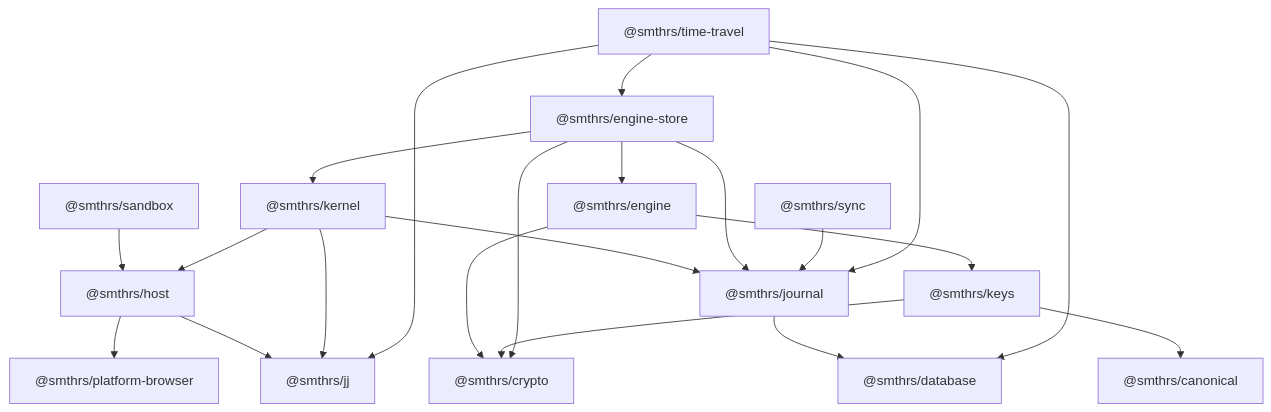
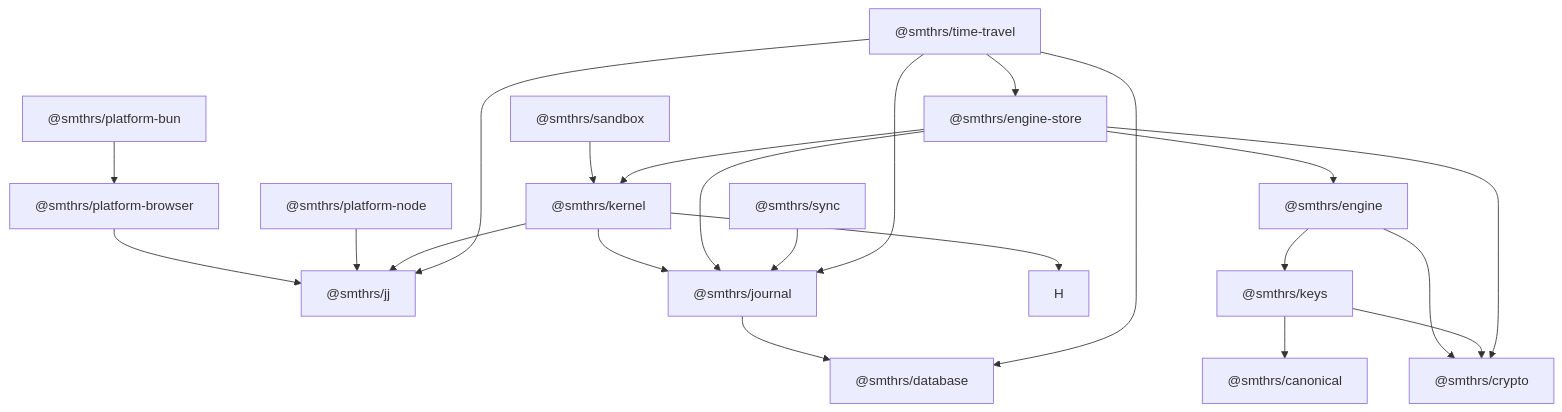
One commit to smithersai/flows changed the diagram in docs/architecture/package-map.md. Above: the diagram before and after it, drawn with Mermaid. The commit also changed other lines of this file and 41 other files, not shown here.

````diff
--- a/docs/architecture/package-map.md
+++ b/docs/architecture/package-map.md
@@ -7,31 +7,33 @@
 ```mermaid
 flowchart TD
-  H["@smthrs/host"]
+  PN["@smthrs/platform-node"]
+  PBUN["@smthrs/platform-bun"]
   JJ["@smthrs/jj"]
   SB["@smthrs/sandbox"]
   PB["@smthrs/platform-browser"]
   D["@smthrs/database"]
   C["@smthrs/canonical"]
   Crypto["@smthrs/crypto"]
 
   J["@smthrs/journal"] --> D
-  H --> JJ
-  H --> PB
-  SB --> H
+  PB --> JJ
+  PN --> JJ
+  PBUN --> PB
+  SB --> K
   K["@smthrs/kernel"] --> H
   K --> JJ
   K --> J
   W["@smthrs/engine"] --> Keys["@smthrs/keys"]
   W --> Crypto
   Keys --> C
   Keys --> Crypto
   E["@smthrs/engine-store"] --> W
   E --> Crypto
   E --> J
   E --> K
   S["@smthrs/sync"] --> J
   T["@smthrs/time-travel"] --> D
   T --> E
   T --> JJ
   T --> J
 ```
````
